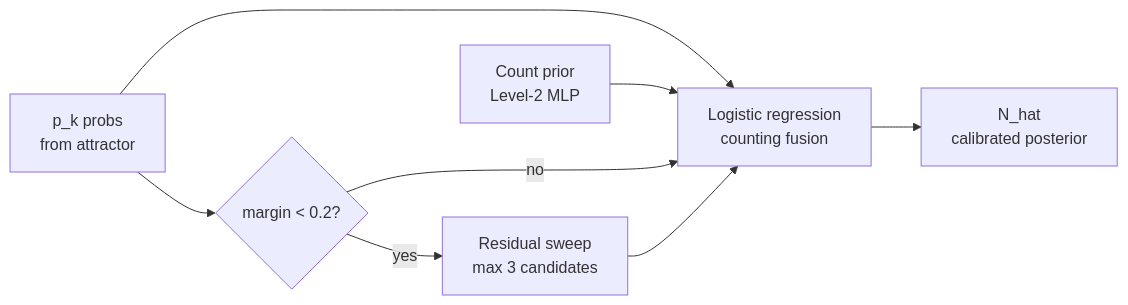
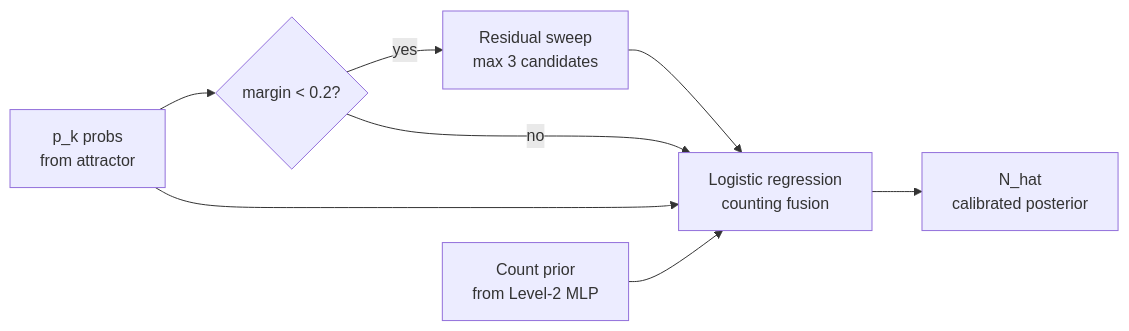
Before and after one commit to TECHSCHOLAR777/SINGLE-CHANNEL-SPEECH-SEPARATION-PROJECT: the third of 5 diagrams in README.md, drawn with Mermaid. The commit also changed other lines of this file, not shown here.

````diff
--- a/README.md
+++ b/README.md
@@ -201,10 +198,12 @@
 ```mermaid
 flowchart LR
-    PK["p_k probs\nfrom attractor"] --> FUSE["Logistic regression\ncounting fusion"]
-    PRIOR["Count prior\nLevel-2 MLP"] --> FUSE
-    MARGIN{margin < 0.2?} -->|yes| SWEEP["Residual sweep\nmax 3 candidates"]
-    MARGIN -->|no| FUSE
-    SWEEP --> FUSE
+    PK["p_k probs\nfrom attractor"]
+    PRIOR["Count prior\nfrom Level-2 MLP"]
+    PK --> MARGIN{margin < 0.2?}
+    MARGIN -- yes --> SWEEP["Residual sweep\nmax 3 candidates"]
+    SWEEP --> FUSE["Logistic regression\ncounting fusion"]
+    MARGIN -- no --> FUSE
+    PK --> FUSE
+    PRIOR --> FUSE
     FUSE --> NHAT["N_hat\ncalibrated posterior"]
-    PK --> MARGIN
 ```
````
